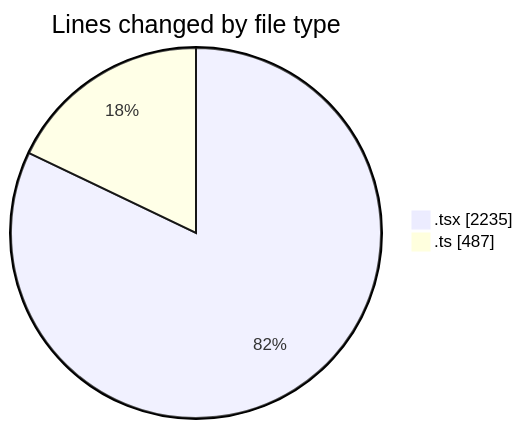
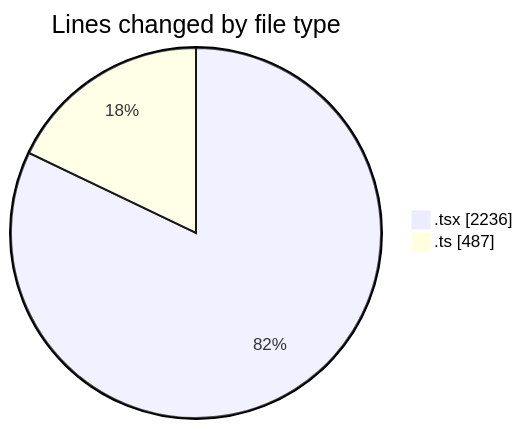
Before and after one commit to nxtqubesakshisongat/code-tracking: the first of 2 diagrams in 2026-03-31/nxtqube_webapp/README.md, drawn with Mermaid. The commit also changed other lines of this file and 1 other file, not shown here.

````diff
--- a/2026-03-31/nxtqube_webapp/README.md
+++ b/2026-03-31/nxtqube_webapp/README.md
@@ -23,6 +23,6 @@
 ```mermaid
 pie showData
 title Lines changed by file type
-".tsx" : 2235
+".tsx" : 2236
 ".ts" : 487
 ```
````
